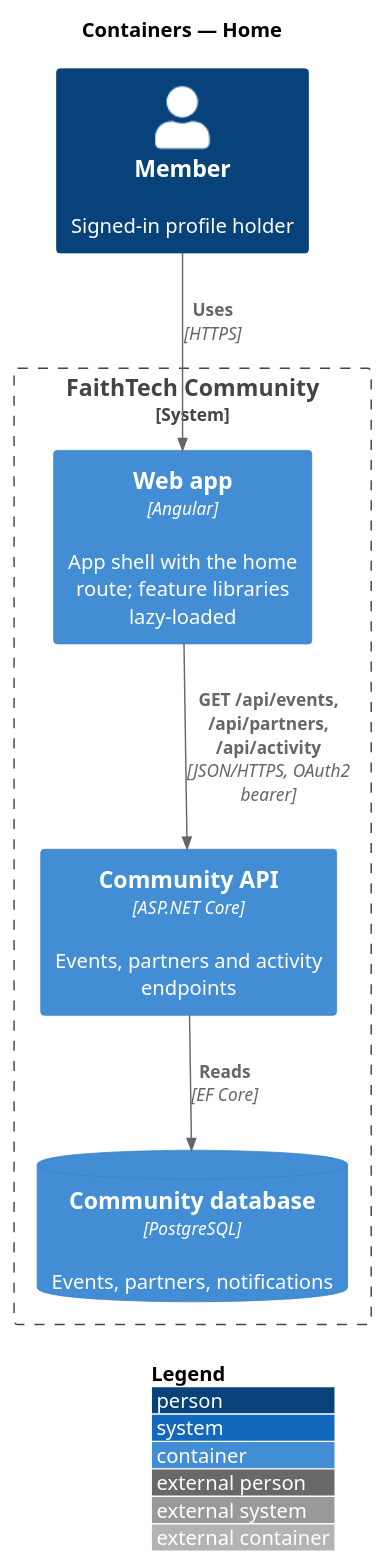
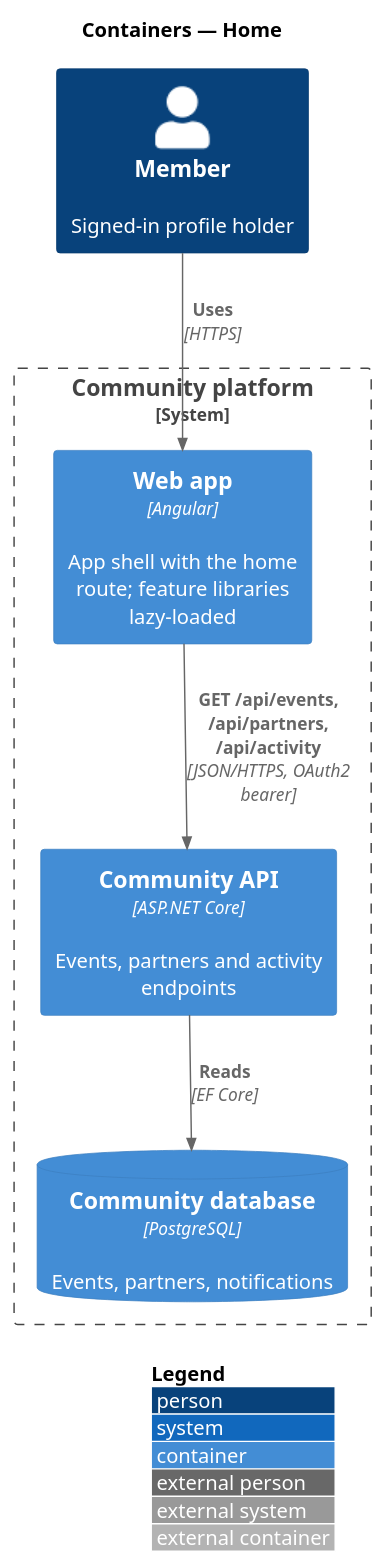
Before and after one commit to QuinntyneBrown/faithtech-community: the diagram in docs/detailed-designs/platform/home/diagrams/c4-container.puml, drawn with PlantUML. The commit also changed 840 other files, not shown here.

```diff
--- a/docs/detailed-designs/platform/home/diagrams/c4-container.puml
+++ b/docs/detailed-designs/platform/home/diagrams/c4-container.puml
@@ -1,14 +1,14 @@
 @startuml
 !include <C4/C4_Container>
 LAYOUT_WITH_LEGEND()
 title Containers — Home
 Person(member, "Member", "Signed-in profile holder")
-System_Boundary(community, "FaithTech Community") {
+System_Boundary(community, "Community platform") {
   Container(web, "Web app", "Angular", "App shell with the home route; feature libraries lazy-loaded")
   Container(api, "Community API", "ASP.NET Core", "Events, partners and activity endpoints")
   ContainerDb(db, "Community database", "PostgreSQL", "Events, partners, notifications")
 }
 Rel(member, web, "Uses", "HTTPS")
 Rel(web, api, "GET /api/events, /api/partners, /api/activity", "JSON/HTTPS, OAuth2 bearer")
 Rel(api, db, "Reads", "EF Core")
 @enduml
```
